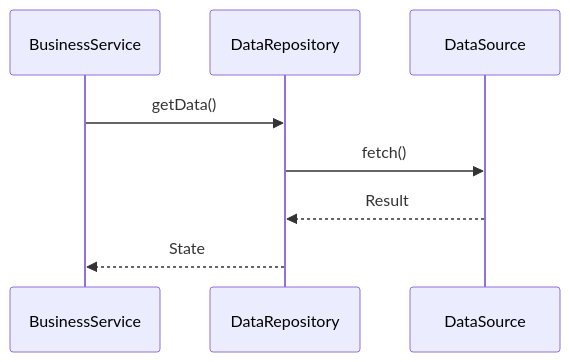
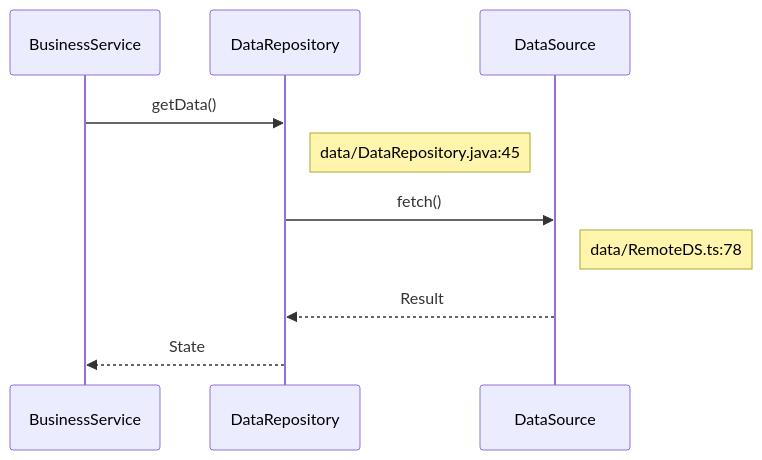
One commit to CaostGrace/project-arch-reverse changed the sixth of 8 diagrams in references/mermaid-spec.md. Above: the diagram before and after it, drawn with Mermaid. The commit also changed other lines of this file and 5 other files, not shown here.

First line of the commit message:
feat: 强制所有核心功能/能力必须有独立详细时序图(≥6步≥4参与者)

````diff
--- a/references/mermaid-spec.md
+++ b/references/mermaid-spec.md
@@ -228,11 +281,13 @@
 ```mermaid
 sequenceDiagram
     participant Logic as BusinessService
     participant Repo as DataRepository
     participant DS as DataSource
 
     Logic->>Repo: getData()
+    Note right of Repo:  data/DataRepository.java:45
     Repo->>DS: fetch()
+    Note right of DS:  data/RemoteDS.ts:78
     DS-->>Repo: Result
     Repo-->>Logic: State
 ```
````
